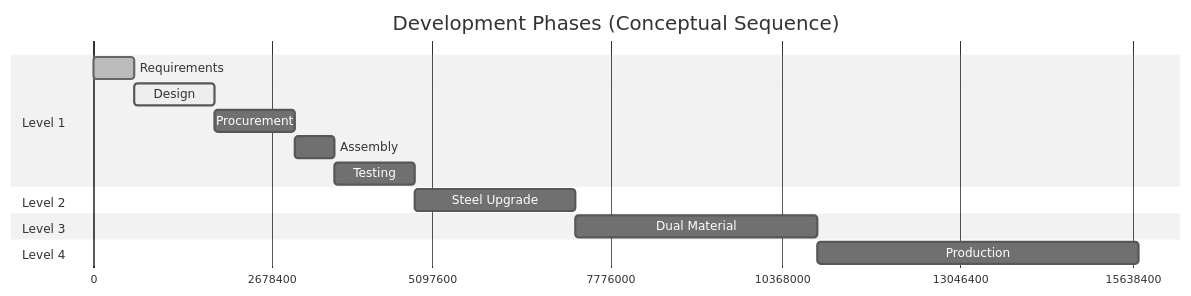
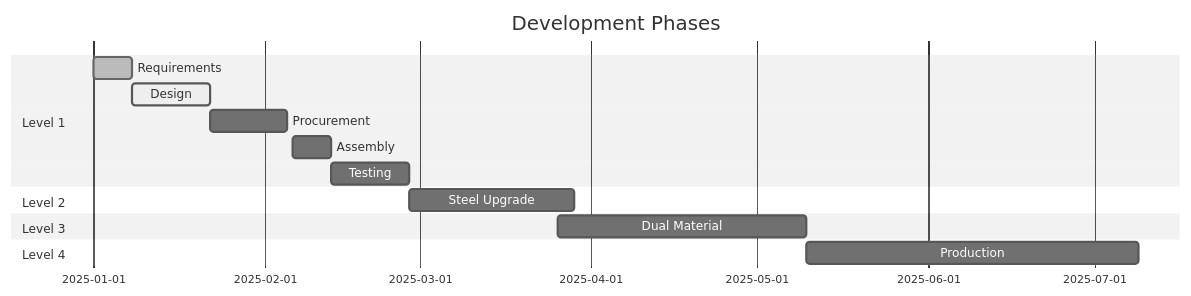
One commit to jnarwell/drip changed the second of 2 diagrams in docs/dashboard.md. Above: the diagram before and after it, drawn with Mermaid (neutral theme). The commit also changed other lines of this file and 22 other files, not shown here.

````diff
--- a/docs/dashboard.md
+++ b/docs/dashboard.md
@@ -69,18 +69,17 @@
 ```mermaid
 gantt
-    title Development Phases (Conceptual Sequence)
-    dateFormat X
-    axisFormat %s
+    title Development Phases
+    dateFormat  YYYY-MM-DD
     section Level 1
-    Requirements    :done, req, 0, 1w
-    Design          :active, des, after req, 2w
-    Procurement     :proc, after des, 2w
-    Assembly        :assm, after proc, 1w
-    Testing         :test, after assm, 2w
+    Requirements    :done, 2025-01-01, 7d
+    Design          :active, 2025-01-08, 14d
+    Procurement     :2025-01-22, 14d
+    Assembly        :2025-02-06, 7d
+    Testing         :2025-02-13, 14d
     section Level 2
-    Steel Upgrade   :steel, after test, 4w
+    Steel Upgrade   :2025-02-27, 30d
     section Level 3
-    Dual Material   :dual, after steel, 6w
+    Dual Material   :2025-03-26, 45d
     section Level 4
-    Production      :prod, after dual, 8w
+    Production      :2025-05-10, 60d
 ```
````
